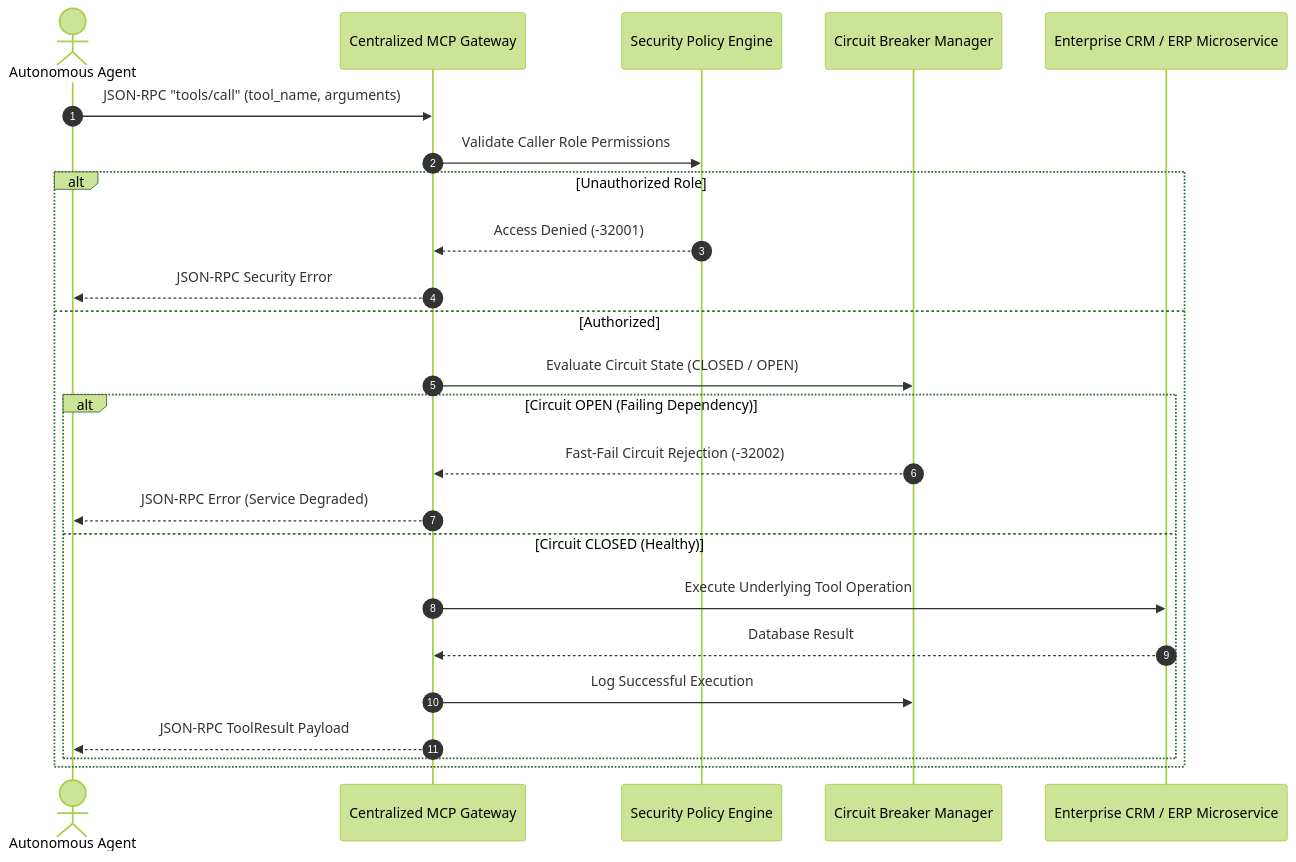
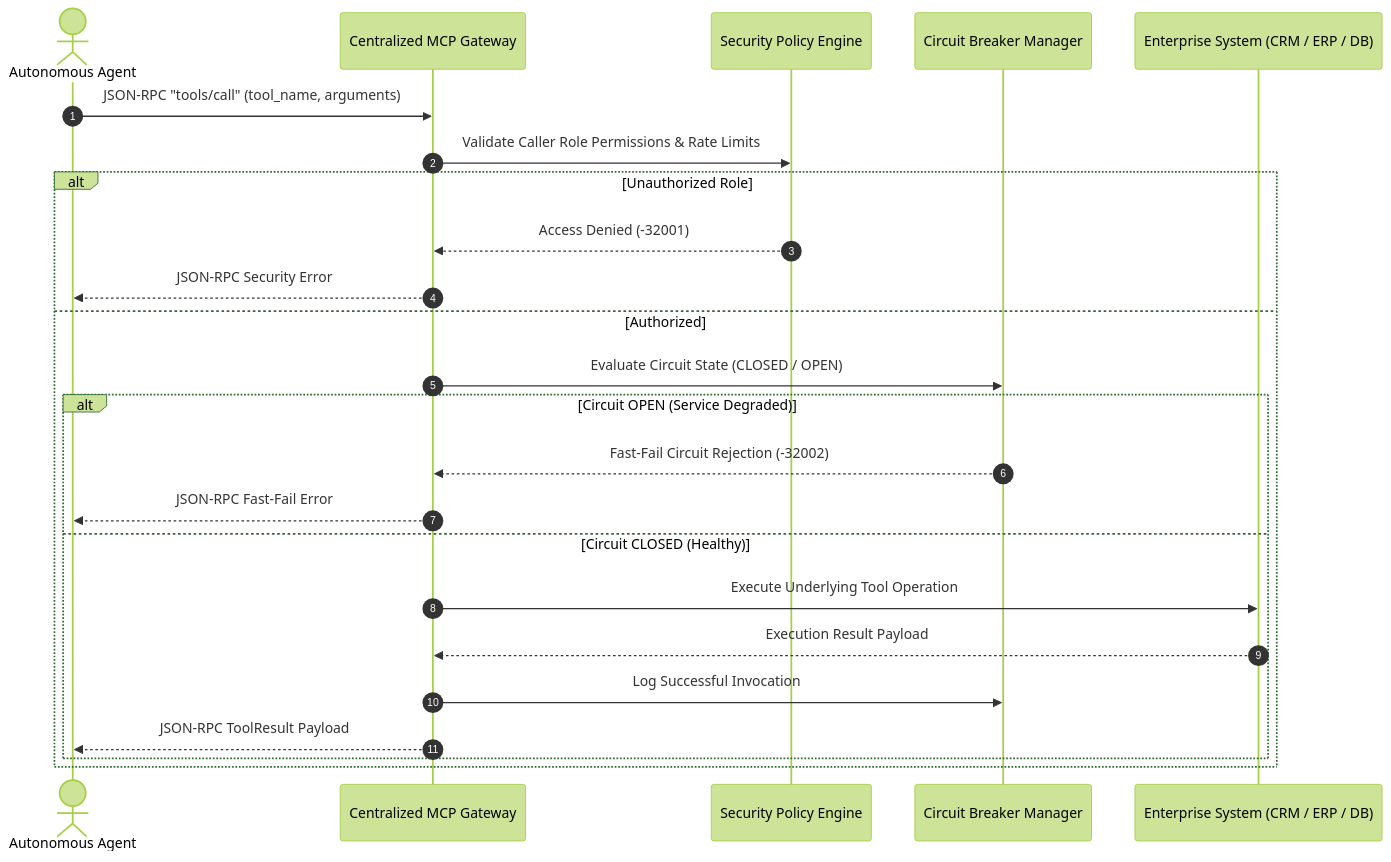
Before and after one commit to sricheru/agentic-ai-portfolio: the third of 4 diagrams in README.md, drawn with Mermaid (forest theme). The commit also changed other lines of this file, not shown here.

Commit message:
feat(portfolio): align portfolio showcase with executive resume and Tier-1 enterprise architecture profile

````diff
--- a/README.md
+++ b/README.md
@@ -180,27 +175,27 @@
 ```mermaid
 sequenceDiagram
     autonumber
     actor Agent as Autonomous Agent
     participant Gateway as Centralized MCP Gateway
     participant Policy as Security Policy Engine
     participant Circuit as Circuit Breaker Manager
-    participant EnterpriseDB as Enterprise CRM / ERP Microservice
+    participant Microservice as Enterprise System (CRM / ERP / DB)
 
     Agent->>Gateway: JSON-RPC "tools/call" (tool_name, arguments)
-    Gateway->>Policy: Validate Caller Role Permissions
+    Gateway->>Policy: Validate Caller Role Permissions & Rate Limits
     alt Unauthorized Role
         Policy-->>Gateway: Access Denied (-32001)
         Gateway-->>Agent: JSON-RPC Security Error
     else Authorized
         Gateway->>Circuit: Evaluate Circuit State (CLOSED / OPEN)
-        alt Circuit OPEN (Failing Dependency)
+        alt Circuit OPEN (Service Degraded)
             Circuit-->>Gateway: Fast-Fail Circuit Rejection (-32002)
-            Gateway-->>Agent: JSON-RPC Error (Service Degraded)
+            Gateway-->>Agent: JSON-RPC Fast-Fail Error
         else Circuit CLOSED (Healthy)
-            Gateway->>EnterpriseDB: Execute Underlying Tool Operation
-            EnterpriseDB-->>Gateway: Database Result
-            Gateway->>Circuit: Log Successful Execution
+            Gateway->>Microservice: Execute Underlying Tool Operation
+            Microservice-->>Gateway: Execution Result Payload
+            Gateway->>Circuit: Log Successful Invocation
             Gateway-->>Agent: JSON-RPC ToolResult Payload
         end
     end
 ```
````
